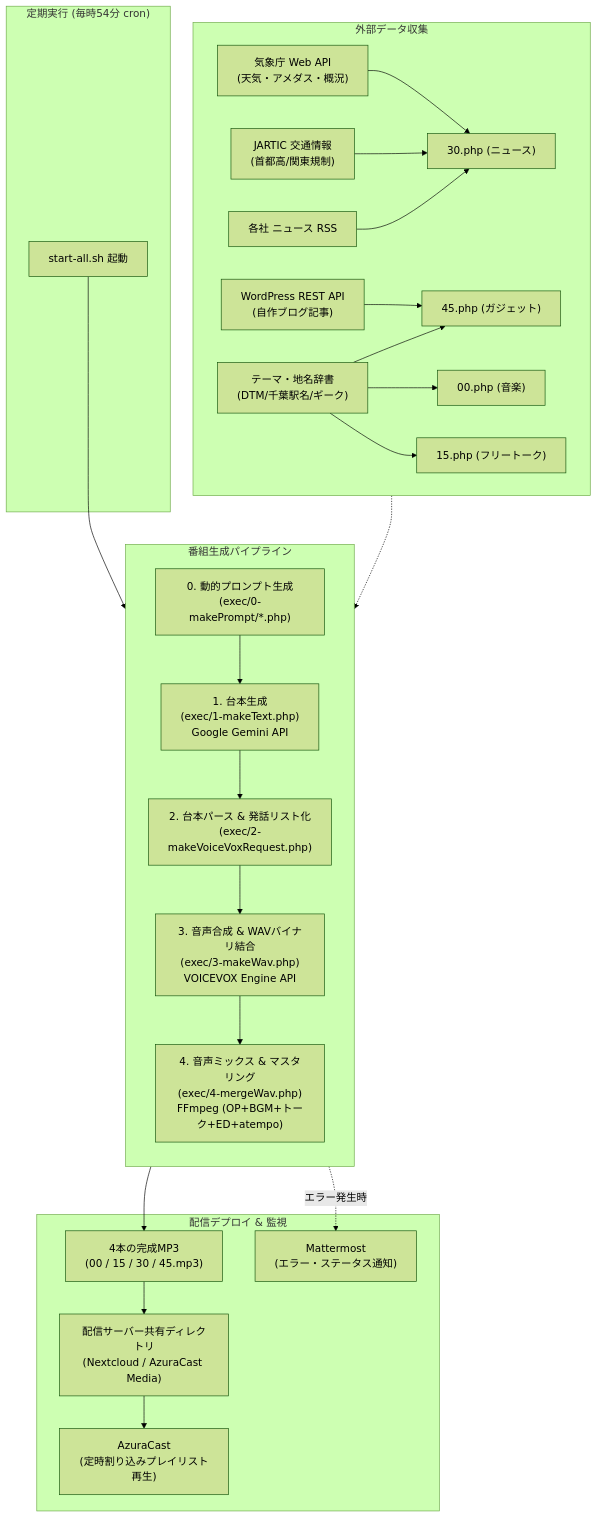
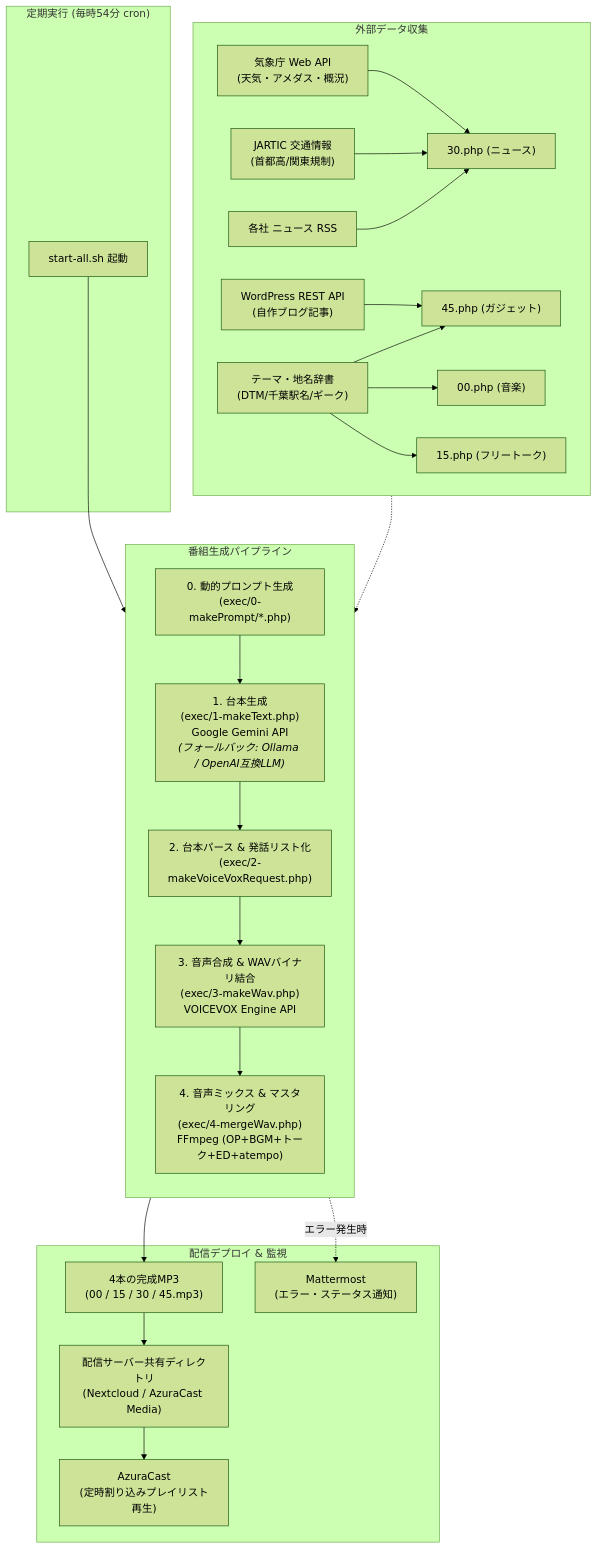
Before and after one commit to jikantoki/gemini-voicevox-radio: the diagram in README.md, drawn with Mermaid (forest theme). The commit also changed other lines of this file and 4 other files, not shown here.

Commit message:
feat: Ollama / OpenAI互換LLMへのフォールバック機能を追加し、エラーハンドリングを改善

````diff
--- a/README.md
+++ b/README.md
@@ -58,39 +59,39 @@
 ```mermaid
 flowchart TD
     subgraph CRON["定期実行 (毎時54分 cron)"]
         START["start-all.sh 起動"]
     end
 
     subgraph DATA_SOURCES["外部データ収集"]
         JMA["気象庁 Web API<br>(天気・アメダス・概況)"] --> P30["30.php (ニュース)"]
         JARTIC["JARTIC 交通情報<br>(首都高/関東規制)"] --> P30
         RSS["各社 ニュース RSS"] --> P30
         WP["WordPress REST API<br>(自作ブログ記事)"] --> P45["45.php (ガジェット)"]
         DICT["テーマ・地名辞書<br>(DTM/千葉駅名/ギーク)"] --> P00["00.php (音楽)"]
         DICT --> P15["15.php (フリートーク)"]
         DICT --> P45
     end
 
     subgraph PIPELINE["番組生成パイプライン"]
         direction TB
         STEP0["0. 動的プロンプト生成<br>(exec/0-makePrompt/*.php)"]
-        STEP1["1. 台本生成<br>(exec/1-makeText.php)<br>Google Gemini API"]
+        STEP1["1. 台本生成<br>(exec/1-makeText.php)<br>Google Gemini API<br><i>(フォールバック: Ollama / OpenAI互換LLM)</i>"]
         STEP2["2. 台本パース & 発話リスト化<br>(exec/2-makeVoiceVoxRequest.php)"]
         STEP3["3. 音声合成 & WAVバイナリ結合<br>(exec/3-makeWav.php)<br>VOICEVOX Engine API"]
         STEP4["4. 音声ミックス & マスタリング<br>(exec/4-mergeWav.php)<br>FFmpeg (OP+BGM+トーク+ED+atempo)"]
 
         STEP0 --> STEP1 --> STEP2 --> STEP3 --> STEP4
     end
 
     subgraph DEPLOY["配信デプロイ & 監視"]
         MP3["4本の完成MP3<br>(00 / 15 / 30 / 45.mp3)"]
         DEST["配信サーバー共有ディレクトリ<br>(Nextcloud / AzuraCast Media)"]
         AZURA["AzuraCast<br>(定時割り込みプレイリスト再生)"]
         MATTERMOST["Mattermost<br>(エラー・ステータス通知)"]
     end
 
     START --> PIPELINE
     DATA_SOURCES -.-> STEP0
     STEP4 --> MP3 --> DEST --> AZURA
     PIPELINE -. エラー発生時 .-> MATTERMOST
 ```
````
